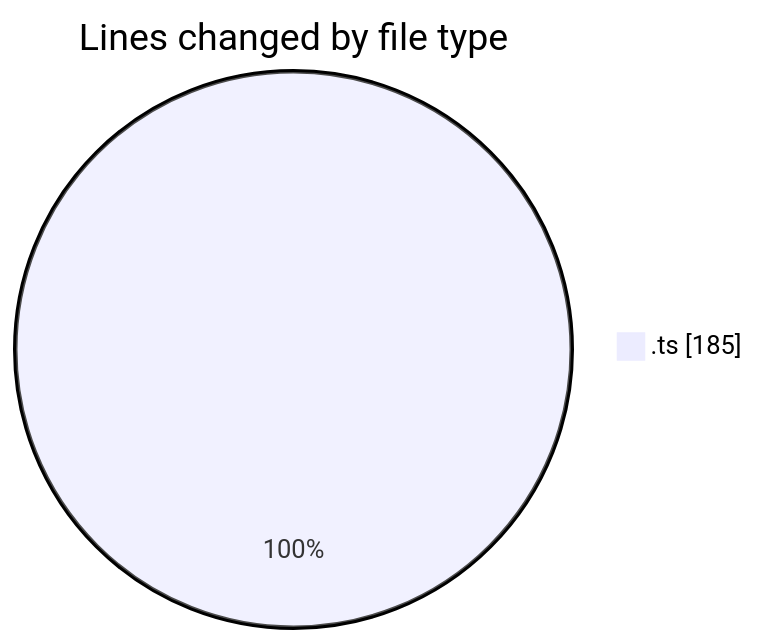
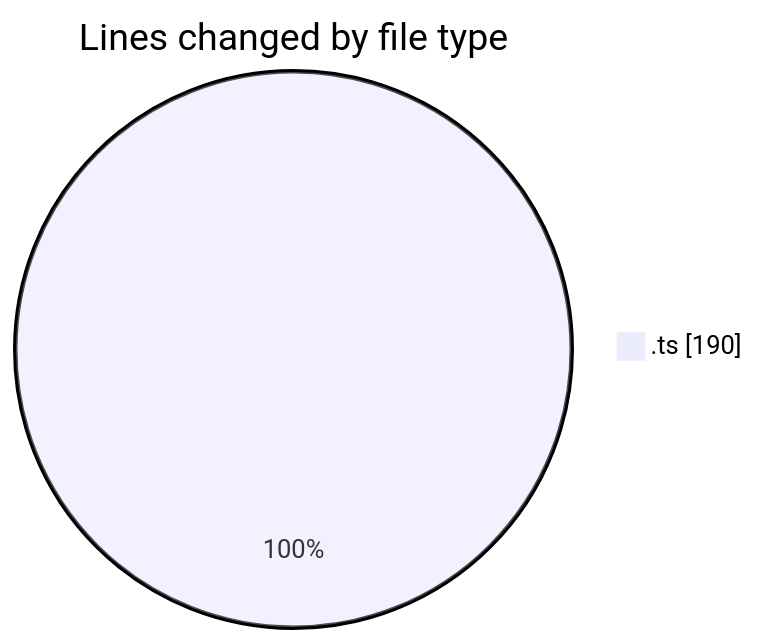
Before and after one commit to momahboobian/code-tracking: the first of 2 diagrams in 2025-08-01/cda/README.md, drawn with Mermaid. The commit also changed other lines of this file and 1 other file, not shown here.

````diff
--- a/2025-08-01/cda/README.md
+++ b/2025-08-01/cda/README.md
@@ -20,5 +20,5 @@
 ```mermaid
 pie showData
 title Lines changed by file type
-".ts" : 185
+".ts" : 190
 ```
````
